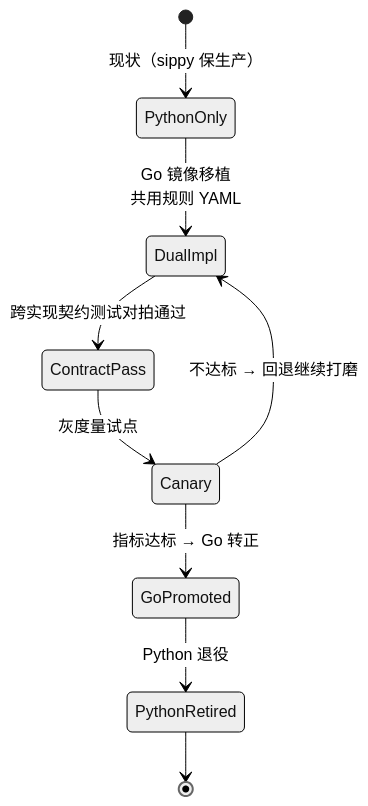
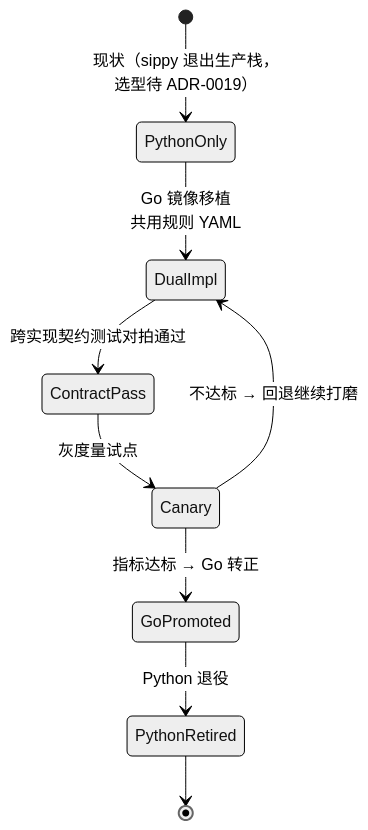
Before and after one commit to dolanshu/3rdparty-as: diagram 11 of 14 in docs/architecture/新系统整体架构.md, drawn with Mermaid (neutral theme). The commit also changed other lines of this file and 36 other files, not shown here.

````diff
--- a/docs/architecture/新系统整体架构.md
+++ b/docs/architecture/新系统整体架构.md
@@ -493,11 +519,11 @@
 ```mermaid
 stateDiagram-v2
-    [*] --> PythonOnly: 现状（sippy 保生产）
+    [*] --> PythonOnly: 现状（sippy 退出生产栈，选型待 ADR-0019）
     PythonOnly --> DualImpl: Go 镜像移植<br/>共用规则 YAML
     DualImpl --> ContractPass: 跨实现契约测试对拍通过
     ContractPass --> Canary: 灰度量试点
     Canary --> GoPromoted: 指标达标 → Go 转正
     Canary --> DualImpl: 不达标 → 回退继续打磨
     GoPromoted --> PythonRetired: Python 退役
     PythonRetired --> [*]
 ```
````
